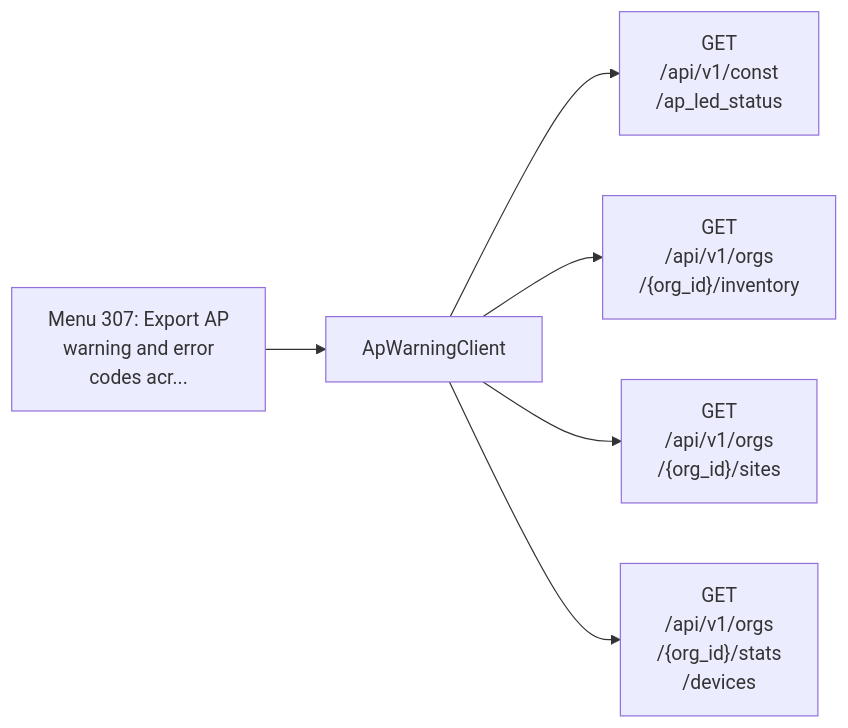
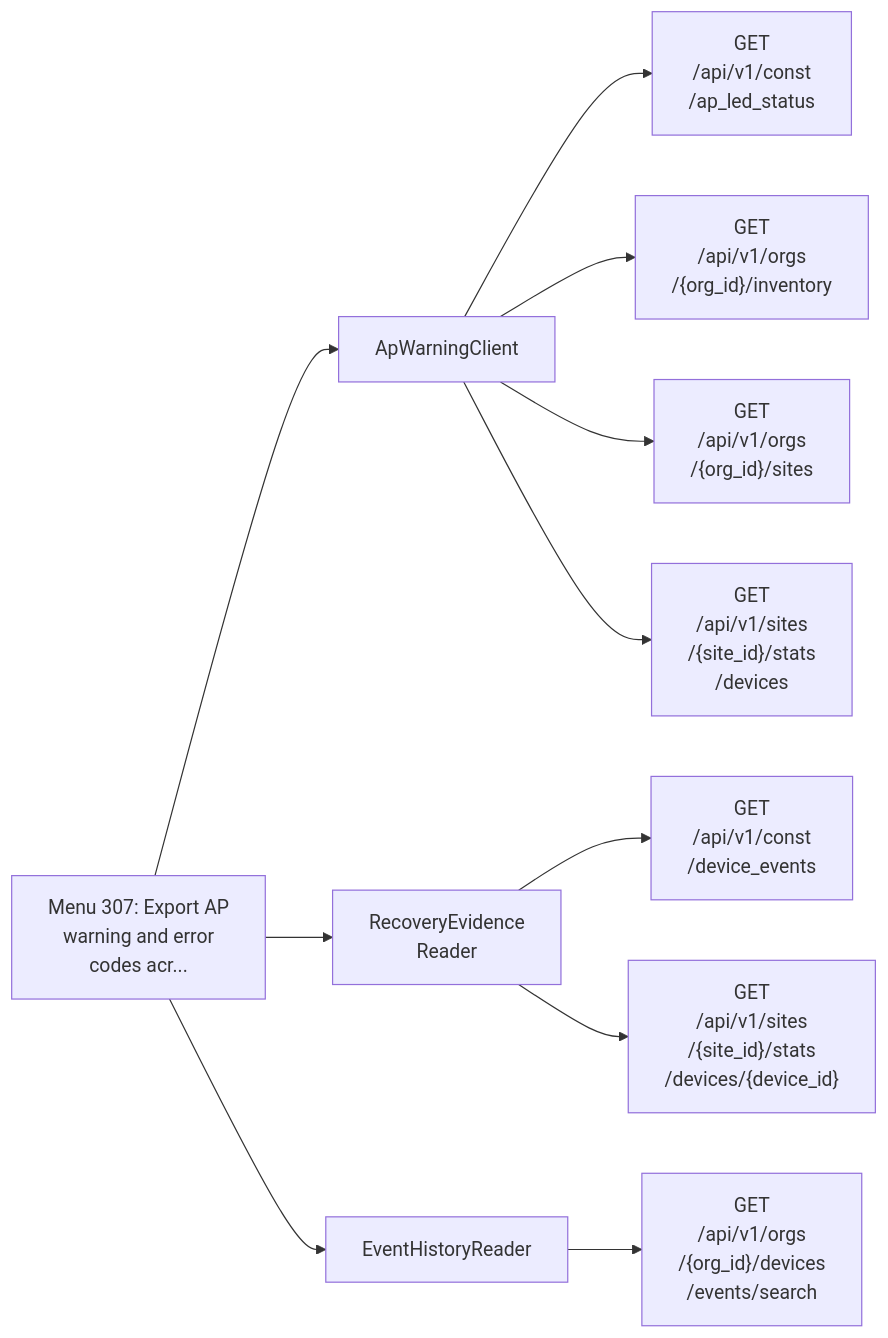
Before and after one commit to jmorrison-juniper/MistHelper: diagram 23 of 23 in documentation/menu-api/safe.md, drawn with Mermaid. The commit also changed other lines of this file and 21 other files, not shown here.

````diff
--- a/documentation/menu-api/safe.md
+++ b/documentation/menu-api/safe.md
@@ -1330,9 +1330,14 @@
 ```mermaid
 flowchart LR
     menu["Menu 307: Export AP<br/>warning and error<br/>codes acr..."]
     menu --> c1["ApWarningClient"]
     c1 --> e1["GET<br/>/api/v1/const<br/>/ap_led_status"]
     c1 --> e2["GET<br/>/api/v1/orgs<br/>/{org_id}/inventory"]
     c1 --> e3["GET<br/>/api/v1/orgs<br/>/{org_id}/sites"]
-    c1 --> e4["GET<br/>/api/v1/orgs<br/>/{org_id}/stats<br/>/devices"]
+    c1 --> e4["GET<br/>/api/v1/sites<br/>/{site_id}/stats<br/>/devices"]
+    menu --> c2["RecoveryEvidence<br/>Reader"]
+    c2 --> e5["GET<br/>/api/v1/const<br/>/device_events"]
+    c2 --> e6["GET<br/>/api/v1/sites<br/>/{site_id}/stats<br/>/devices/{device_id}"]
+    menu --> c3["EventHistoryReader"]
+    c3 --> e7["GET<br/>/api/v1/orgs<br/>/{org_id}/devices<br/>/events/search"]
 ```
````
